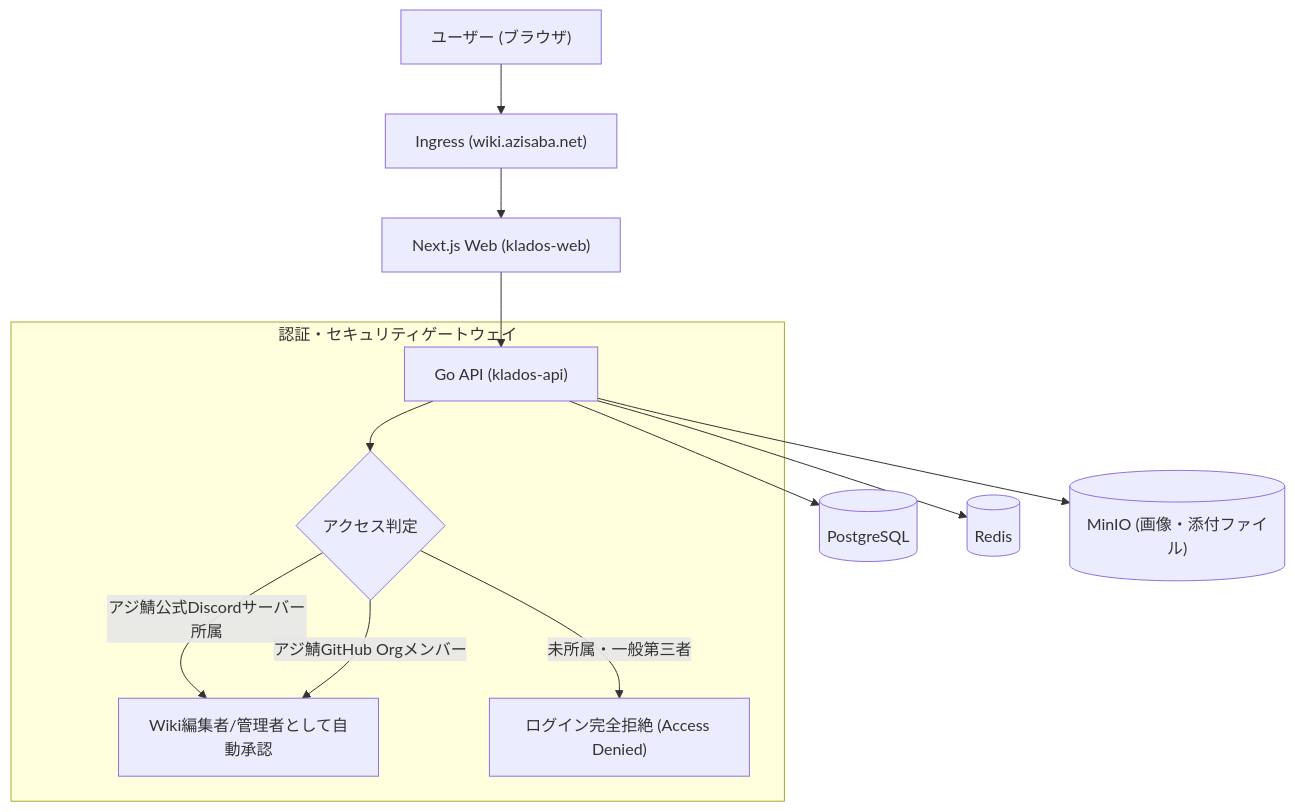
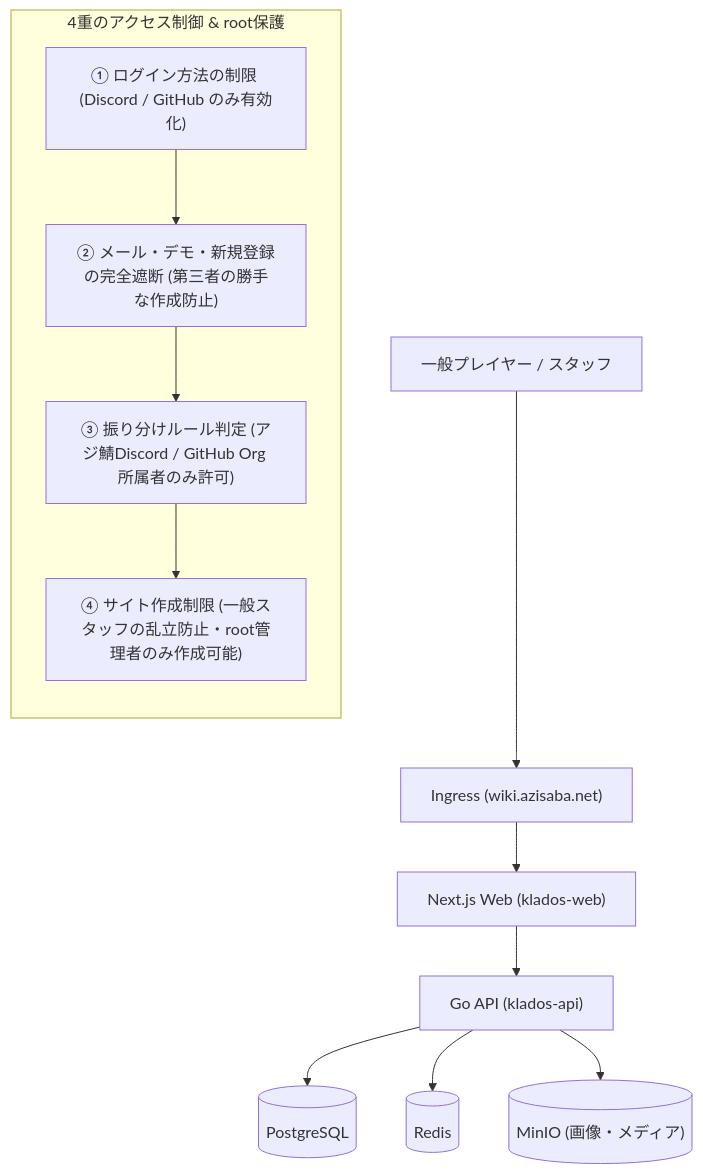
Before and after one commit to albardoo02/Klados: the diagram in docs/k8s-deployment-guide.md, drawn with Mermaid. The commit also changed other lines of this file and 1 other file, not shown here.

First line of the commit message:
feat(k8s): update deployment manifest with root admin config, updated images, and ingress rules

````diff
--- a/docs/k8s-deployment-guide.md
+++ b/docs/k8s-deployment-guide.md
@@ -13,17 +9,18 @@
 ```mermaid
 flowchart TD
-    User["ユーザー (ブラウザ)"] --> Ingress["Ingress (wiki.azisaba.net)"]
+    User["一般プレイヤー / スタッフ"] --> Ingress["Ingress (wiki.azisaba.net)"]
     Ingress --> Web["Next.js Web (klados-web)"]
     Web --> API["Go API (klados-api)"]
     API --> DB[("PostgreSQL")]
     API --> Redis[("Redis")]
-    API --> MinIO[("MinIO (画像・添付ファイル)")]
+    API --> MinIO[("MinIO (画像・メディア)")]
 
-    subgraph AuthRouting["認証・セキュリティゲートウェイ"]
-        AuthCheck{"アクセス判定"}
-        API --> AuthCheck
-        AuthCheck -- "アジ鯖公式Discordサーバー所属" --> AllowEditor["Wiki編集者/管理者として自動承認"]
-        AuthCheck -- "アジ鯖GitHub Orgメンバー" --> AllowEditor
-        AuthCheck -- "未所属・一般第三者" --> DenyLogin["ログイン完全拒絶 (Access Denied)"]
+    subgraph SecurityShield["4重のアクセス制御 & root保護"]
+        direction TB
+        L1["① ログイン方法の制限 (Discord / GitHub のみ有効化)"]
+        L2["② メール・デモ・新規登録の完全遮断 (第三者の勝手な作成防止)"]
+        L3["③ 振り分けルール判定 (アジ鯖Discord / GitHub Org 所属者のみ許可)"]
+        L4["④ サイト作成制限 (一般スタッフの乱立防止・root管理者のみ作成可能)"]
+        L1 --> L2 --> L3 --> L4
     end
 ```
````
